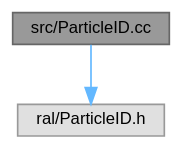
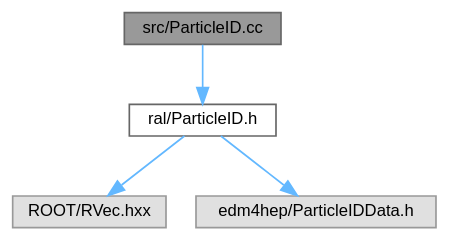
One commit to Juanki0396/ral changed the diagram in docs/ParticleID_8cc__incl.dot. Above: the diagram before and after it, drawn with Graphviz. The commit also changed 59 other files, not shown here.

```diff
--- a/docs/ParticleID_8cc__incl.dot
+++ b/docs/ParticleID_8cc__incl.dot
@@ -1,10 +1,14 @@
 digraph "src/ParticleID.cc"
 {
  // LATEX_PDF_SIZE
   bgcolor="transparent";
   edge [fontname=Helvetica,fontsize=10,labelfontname=Helvetica,labelfontsize=10];
   node [fontname=Helvetica,fontsize=10,shape=box,height=0.2,width=0.4];
   Node1 [id="Node000001",label="src/ParticleID.cc",height=0.2,width=0.4,color="gray40", fillcolor="grey60", style="filled", fontcolor="black",tooltip=" "];
   Node1 -> Node2 [id="edge1_Node000001_Node000002",color="steelblue1",style="solid",tooltip=" "];
-  Node2 [id="Node000002",label="ral/ParticleID.h",height=0.2,width=0.4,color="grey60", fillcolor="#E0E0E0", style="filled",tooltip=" "];
+  Node2 [id="Node000002",label="ral/ParticleID.h",height=0.2,width=0.4,color="grey40", fillcolor="white", style="filled",URL="$ParticleID_8h.html",tooltip=" "];
+  Node2 -> Node3 [id="edge2_Node000002_Node000003",color="steelblue1",style="solid",tooltip=" "];
+  Node3 [id="Node000003",label="ROOT/RVec.hxx",height=0.2,width=0.4,color="grey60", fillcolor="#E0E0E0", style="filled",tooltip=" "];
+  Node2 -> Node4 [id="edge3_Node000002_Node000004",color="steelblue1",style="solid",tooltip=" "];
+  Node4 [id="Node000004",label="edm4hep/ParticleIDData.h",height=0.2,width=0.4,color="grey60", fillcolor="#E0E0E0", style="filled",tooltip=" "];
 }
```
